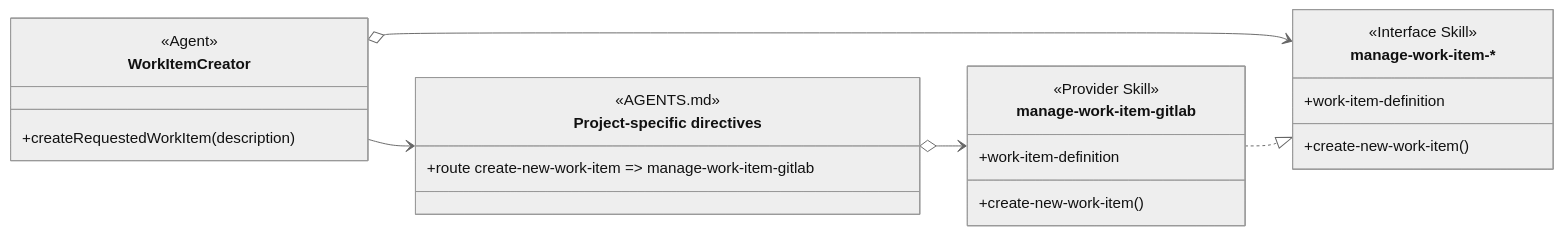
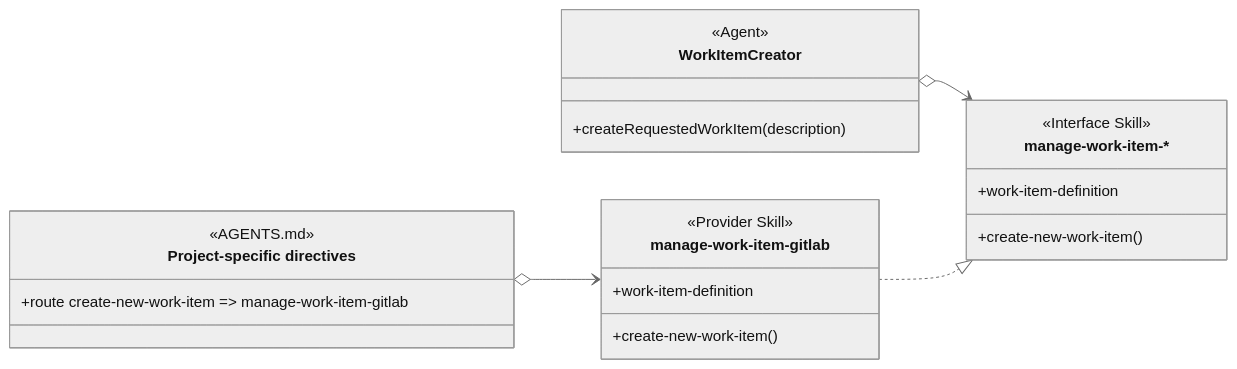
One commit to martinbechard/dev-methodology changed the seventh of 16 diagrams in design/object-oriented-agent-and-skill-model.md. Above: the diagram before and after it, drawn with Mermaid (neutral theme). The commit also changed other lines of this file and 8 other files, not shown here.

````diff
--- a/design/object-oriented-agent-and-skill-model.md
+++ b/design/object-oriented-agent-and-skill-model.md
@@ -273,32 +286,31 @@
 ```mermaid
 classDiagram
     direction LR
 
     class WorkItemCreator {
         <<Agent>>
         +createRequestedWorkItem(description)
     }
 
     class manage-work-item["manage-work-item-*"] {
         <<Interface Skill>>
         +work-item-definition
         +create-new-work-item()
     }
 
     class project-specific-directives["Project-specific directives"] {
         <<AGENTS.md>>
         <<routing>>
         +route create-new-work-item => manage-work-item-gitlab
     }
 
     class manage-work-item-gitlab {
         <<Provider Skill>>
         +work-item-definition
         +create-new-work-item()
     }
 
     WorkItemCreator o--> manage-work-item
-    WorkItemCreator --> project-specific-directives
     project-specific-directives o--> manage-work-item-gitlab
     manage-work-item-gitlab ..|> manage-work-item
 ```
````
